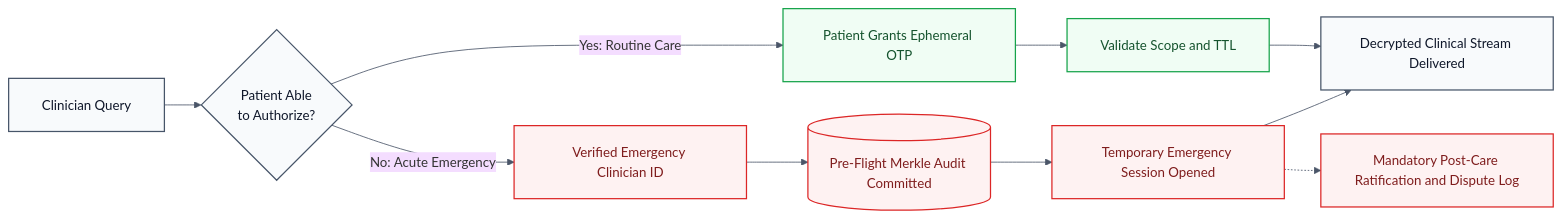
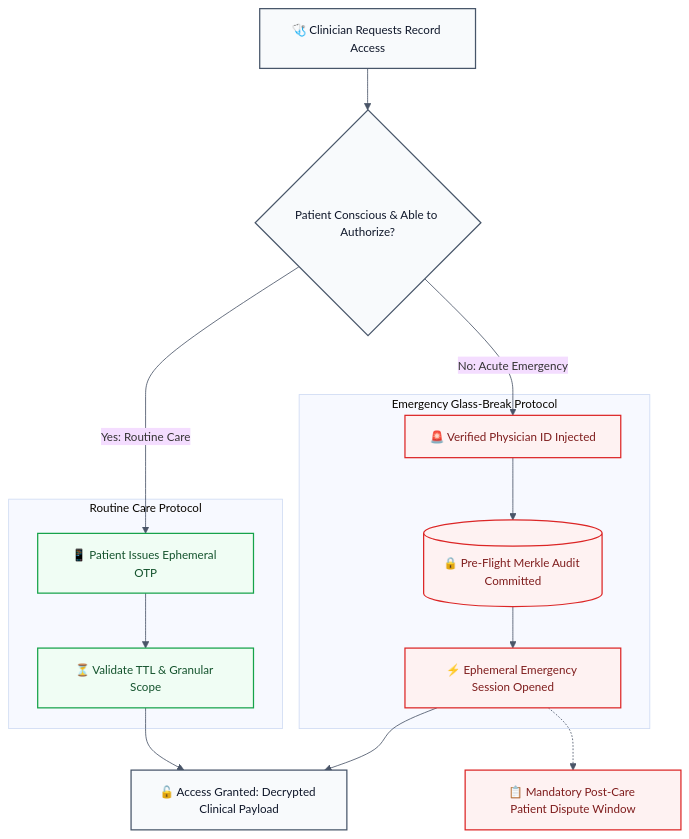
Before and after one commit to datalife-ehealth/.github: the second of 2 diagrams in profile/README.md, drawn with Mermaid. The commit also changed other lines of this file, not shown here.

Commit message:
docs: compact architecture diagrams so labels stay readable

````diff
--- a/profile/README.md
+++ b/profile/README.md
@@ -76,24 +82,41 @@
 ```mermaid
-%%{init: {'theme': 'base', 'themeVariables': { 'edgeColor': '#4A5568', 'lineColor': '#4A5568', 'fontFamily': 'ui-sans-serif, system-ui, sans-serif' }, 'flowchart': {'padding': 20, 'nodeSpacing': 36, 'rankSpacing': 44, 'htmlLabels': true, 'wrappingWidth': 200}}}%%
-flowchart LR
-    Req[Clinician Query] --> Check{Patient Able<br/>to Authorize?}
+%%{init: {'theme': 'base', 'themeVariables': { 'fontSize': '14px', 'lineColor': '#4A5568', 'edgeColor': '#4A5568'}}}%%
+flowchart TD
+    Req["🩺 Clinician Requests Record Access"]
+    Check{"Patient Conscious & Able to Authorize?"}
 
-    Check -->|Yes: Routine Care| OTPFlow[Patient Grants Ephemeral OTP]
-    OTPFlow --> ValidateOTP[Validate Scope and TTL]
-    ValidateOTP --> Access[Decrypted Clinical Stream Delivered]
+    Req --> Check
 
-    Check -->|No: Acute Emergency| GlassBreak[Verified Emergency Clinician ID]
-    GlassBreak --> PreAudit[(Pre-Flight Merkle Audit Committed)]
-    PreAudit --> EmergencySession[Temporary Emergency Session Opened]
-    EmergencySession --> Access
+    %% Routine Care Track
+    subgraph StandardTrack["Routine Care Protocol"]
+        OTP["📱 Patient Issues Ephemeral OTP"]
+        Val["⏳ Validate TTL & Granular Scope"]
+        OTP --> Val
+    end
 
-    EmergencySession -.-> PostAudit[Mandatory Post-Care Ratification and Dispute Log]
+    %% Emergency Glass-Break Track
+    subgraph EmergencyTrack["Emergency Glass-Break Protocol"]
+        Glass["🚨 Verified Physician ID Injected"]
+        Audit[("🔒 Pre-Flight Merkle Audit Committed")]
+        Sess["⚡ Ephemeral Emergency Session Opened"]
+        Glass --> Audit --> Sess
+    end
+
+    Check -->|"Yes: Routine Care"| OTP
+    Check -->|"No: Acute Emergency"| Glass
+
+    Read["🔓 Access Granted: Decrypted Clinical Payload"]
+    Val --> Read
+    Sess --> Read
+
+    Dispute["📋 Mandatory Post-Care Patient Dispute Window"]
+    Sess -.-> Dispute
 
     classDef normal fill:#F0FDF4,stroke:#16A34A,stroke-width:1.5px,color:#14532D;
     classDef alert fill:#FEF2F2,stroke:#DC2626,stroke-width:1.5px,color:#7F1D1D;
     classDef neutral fill:#F8FAFC,stroke:#475569,stroke-width:1.5px,color:#0F172A;
 
-    class Req,Check,Access neutral;
-    class OTPFlow,ValidateOTP normal;
-    class GlassBreak,PreAudit,EmergencySession,PostAudit alert;
+    class Req,Check,Read neutral;
+    class OTP,Val normal;
+    class Glass,Audit,Sess,Dispute alert;
 ```
````
